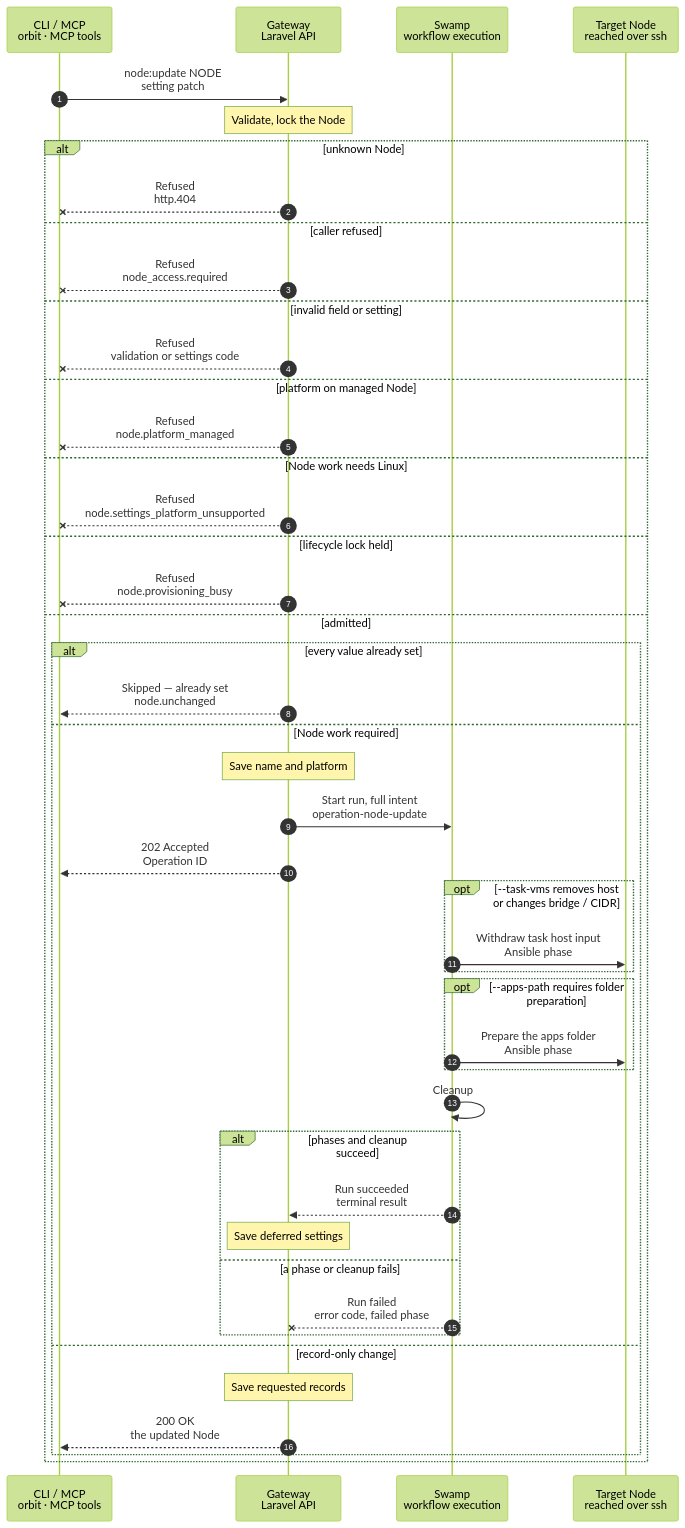
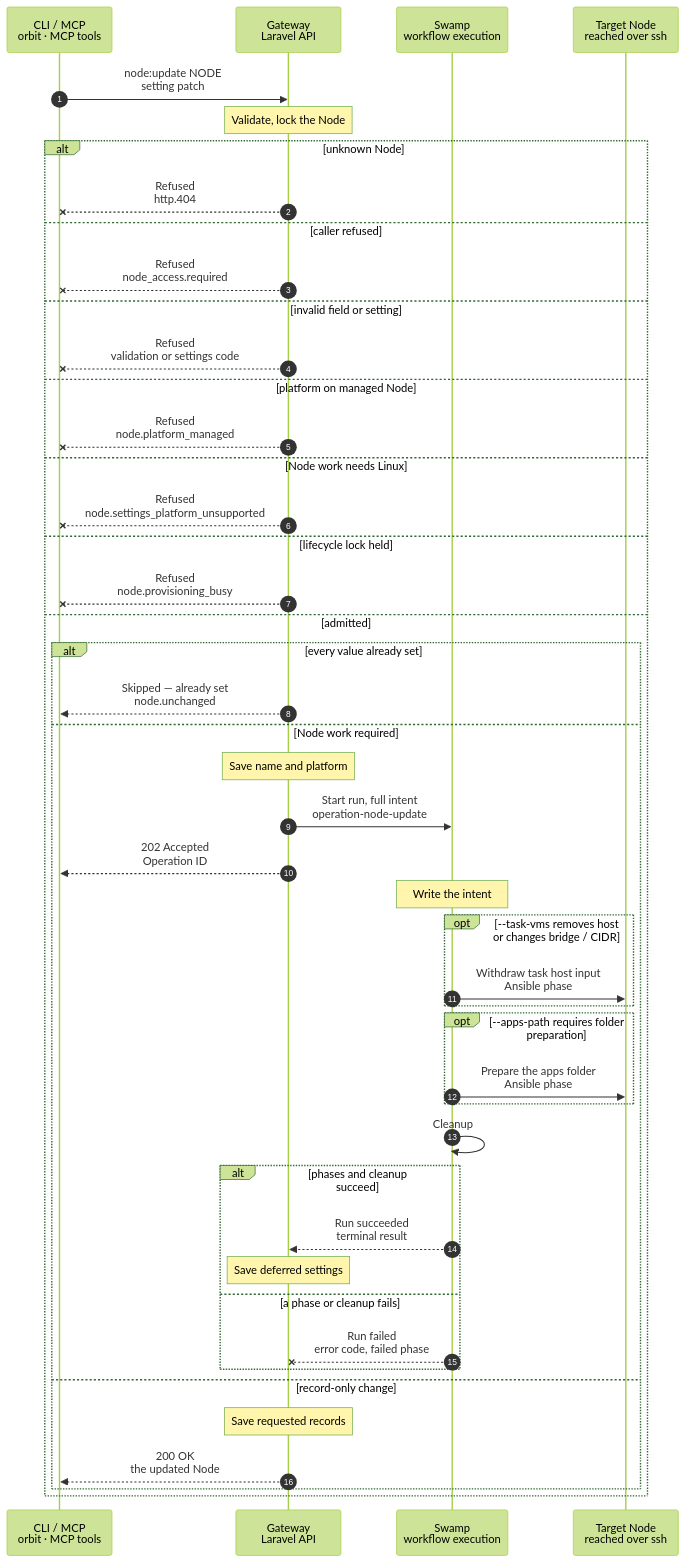
One commit to hardimpactdev/orbit changed the diagram in docs/cli/node/update.mmd. Above: the diagram before and after it, drawn with Mermaid (forest theme). The commit also changed 23 other files, not shown here.

```diff
--- a/docs/cli/node/update.mmd
+++ b/docs/cli/node/update.mmd
@@ -1,123 +1,126 @@
 sequenceDiagram
   %% Target design: ADR 0244 task, task-host input withdrawal and apps.path are Node work, one node:update. docs/reference/node-settings.md.
   %% status: draft
   %% command: node:update
   %% kind: node.update
   autonumber
   %% lane CLI icon=terminal pill=caller tone=gray
   %% lane GW icon=gateway pill=intent tone=blue
   %% lane SW icon=workflow pill=executes tone=green
   %% lane N icon=server pill=target tone=amber
   participant CLI as CLI / MCP<br/>orbit · MCP tools
   participant GW as Gateway<br/>Laravel API
   participant SW as Swamp<br/>workflow execution
   participant N as Target Node<br/>reached over ssh
   CLI->>GW: node:update NODE<br/>setting patch
   %%> Command:
   %%> - `orbit node:update NODE` with at least one supported field option
   %%> - syntax: `<node> [--name=NAME] [--platform=PLATFORM] [--apps-path=PATH] [--task-vms=JSON] [--idempotency-key=KEY] [--json]`
   Note over GW: Validate, lock the Node
   %%> Requirements:
   %%> - access follows the [shared Node authority rule](/cli/node#authority)
   %%> - validate the complete patch against [Node settings](/reference/node-settings#validation) before changing records
   %%> - use the existing lifecycle locks for the current name and, on rename, the new name; use existing worker renewal and firewall ownership rules
   alt unknown Node
     %% path: unknown-node
     GW--xCLI: Refused<br/>http.404
     %%> Result:
     %%> - no Operation or state change
   else caller refused
     %% path: caller-refused
     GW--xCLI: Refused<br/>node_access.required
     %%> Result:
     %%> - no Operation or state change
   else invalid field or setting
     %% path: validation-refused
     GW--xCLI: Refused<br/>validation or settings code
     %%> Result:
     %%> - no Operation or state change; the owning validation table supplies the code
   else platform on managed Node
     %% path: managed-platform
     GW--xCLI: Refused<br/>node.platform_managed
     %%> Requirements:
     %%> - a platform edit requires no pinned SSH host fingerprint and no role
     %%> Result:
     %%> - no Operation or state change
   else Node work needs Linux
     %% path: unsupported-platform
     GW--xCLI: Refused<br/>node.settings_platform_unsupported
     %%> Result:
     %%> - no Operation or state change; record-only edits do not require Linux
   else lifecycle lock held
     %% path: lifecycle-busy
     GW--xCLI: Refused<br/>node.provisioning_busy
     %%> Result:
     %%> - no new Operation or state change
   else admitted
     %% path: admitted
     alt every value already set
       %% path: already-set
       GW-->>CLI: Skipped — already set<br/>node.unchanged
       %%> Result:
       %%> - no write, Operation, run or Node contact
     else Node work required
       %% path: node-work
       Note over GW: Save name and platform
       %%> Result:
       %%> - requested record fields commit now; requested apps and task-host settings wait for successful execution
       GW->>SW: Start run, full intent<br/>operation-node-update
       %%> Inputs:
       %%> - the admitted patch, effective folder and managed owner, target address and pinned host keys, and catalog-owned task-host comments
       %%> - secret references only; execution identity follows the shared Swamp contract
       GW-->>CLI: 202 Accepted<br/>Operation ID
       %%> Result:
       %%> - one Operation follows one Swamp run
       %%> - clients use the shared [Operation polling contract](/reference/operations#follow-an-operation-by-polling)
+      Note over SW: Write the intent
+      %%> What it does:
+      %%> - writes admitted input to the shared run folder for the Ansible phases; host keys stay pinned
       opt --task-vms removes host or changes bridge / CIDR
         %% path: withdraw-input
         SW->>N: Withdraw task host input<br/>Ansible phase
         %%> What it does:
         %%> - removes only rows with `orbit:task-vms-dhcp`, `orbit:task-vms-dns-tcp` or `orbit:task-vms-dns-udp` comments, including duplicates and IPv6 rows
         %%> - rereads the firewall and asserts those comments are absent; other rules stay untouched
       end
       opt --apps-path requires folder preparation
         %% path: prepare-folder
         SW->>N: Prepare the apps folder<br/>Ansible phase
         %%> What it does:
         %%> - reads, creates missing parents and the folder, and checks a real folder with the managed user and group and mode `0755`, in one phase
         %%> - changes only the folder itself, not its contents; existing Instances never move
         %%> Default:
         %%> - an unset path prepares `<managed-user-home>/apps` only with active `app-dev`; otherwise unsetting needs no folder
         %%> Order:
         %%> - depends on successful withdrawal when both phases are needed; no folder work follows failed withdrawal
       end
       SW->>SW: Cleanup
       %%> What it does:
       %%> - removes run-owned temporary input and credentials after phases and dependent cleanup have stopped, on success and failure
       %%> - preserves the original failure and reports incomplete cleanup; no folder or firewall rollback
       alt phases and cleanup succeed
         %% path: succeeded
         SW-->>GW: Run succeeded<br/>terminal result
         %%> Result:
         %%> - the shared run reader delivers the result; no step calls back to the Gateway
         Note over GW: Save deferred settings
         %%> Result:
         %%> - save only requested settings members, preserving unrelated stored members
       else a phase or cleanup fails
         %% path: phase-failed
         SW--xGW: Run failed<br/>error code, failed phase
         %%> Result:
         %%> - old deferred settings remain; already committed name or platform remains
         %%> - completed harmless folder work and any withdrawn rules remain; no all-fields rollback
         %%> Retry:
         %%> - after fixing the cause, the same command starts a fresh attempt; remaining work completes safely
       end
     else record-only change
       %% path: record-save
       Note over GW: Save requested records
       %%> Result:
       %%> - commit name, platform and settings at once without an Operation, run or Node contact
       %%> - task and CI place counts remain separate; lowering counts removes no live VM claim
       GW-->>CLI: 200 OK<br/>the updated Node
     end
   end
```
